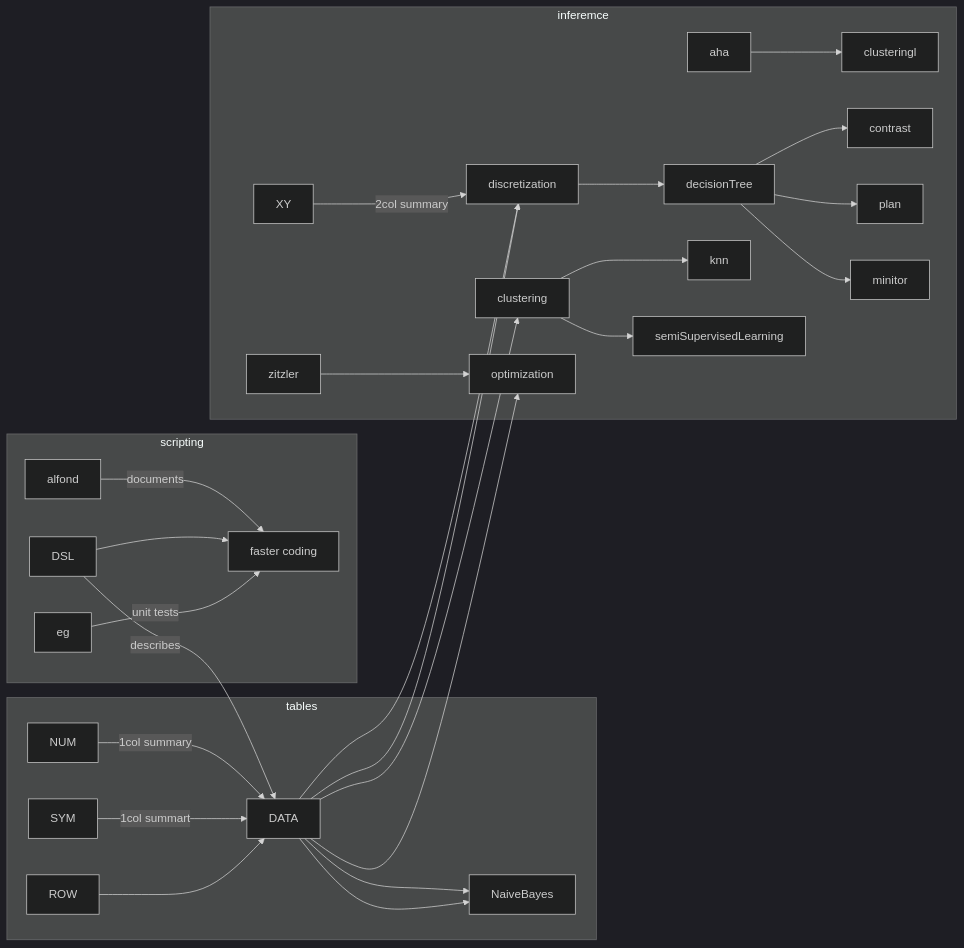
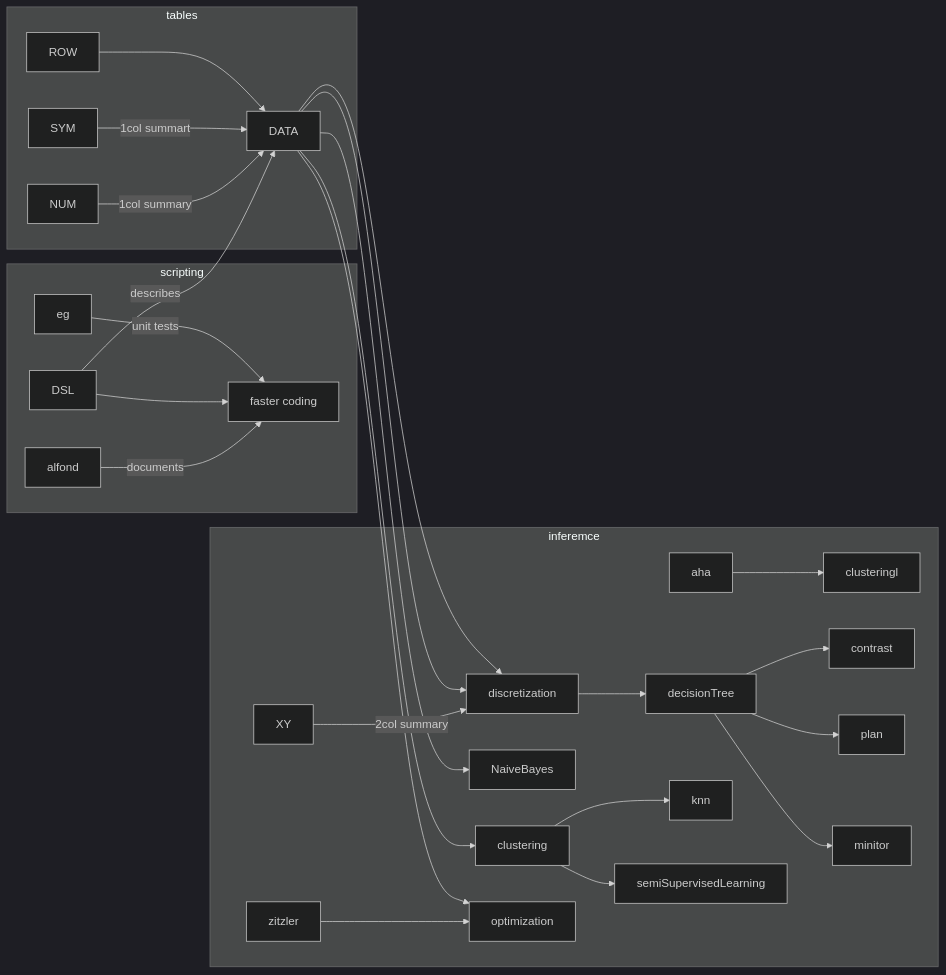
One commit to timm/tested changed the diagram in README.md. Above: the diagram before and after it, drawn with Mermaid (dark theme).

````diff
--- a/README.md
+++ b/README.md
@@ -24,33 +24,33 @@
 ```mermaid
 graph LR;
     subgraph scripting
        C[faster coding];
        alfond-- documents --> C;
        DSL-->C;
        eg-- unit tests -->C;
     end
        DSL-- describes -->DATA;
 
     subgraph tables
-  NUM-- 1col summary -->DATA-->NaiveBayes;
+  NUM-- 1col summary -->DATA;
 	   SYM -- 1col summart -->DATA;
 	    ROW-->DATA;
 
     end
 
     subgraph inferemce
 	    XY -- 2col summary -->discretization -->decisionTree
 	  	    DATA-->discretization;
 	  	    DATA-->NaiveBayes;
 	  	    DATA-->clustering;
 	    aha-->clusteringl
 	    clustering-->knn;
 	    clustering-->semiSupervisedLearning;
 	    zitzler-->optimization;
 	    DATA-->optimization;
 	    DATA-->discretization 
 	    decisionTree-->contrast;
 	    decisionTree-->plan;
 	    decisionTree-->minitor;
     end
 ```
````
